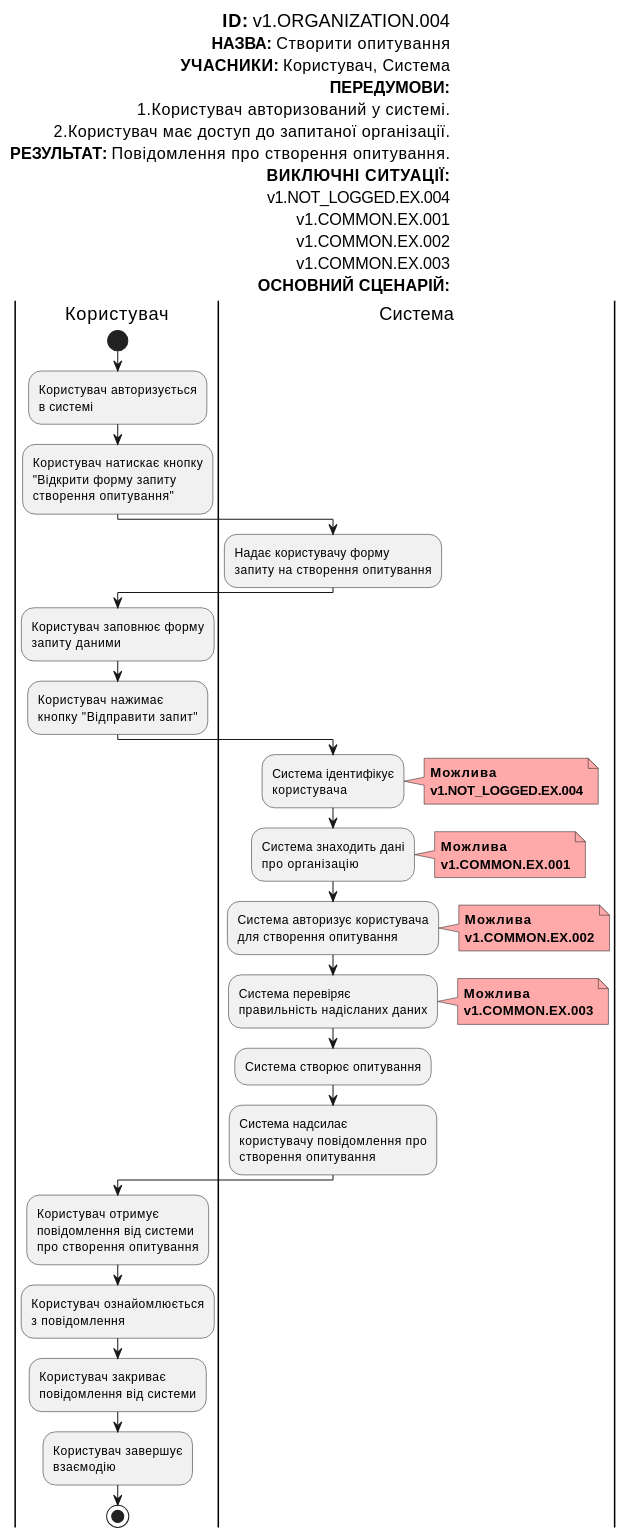
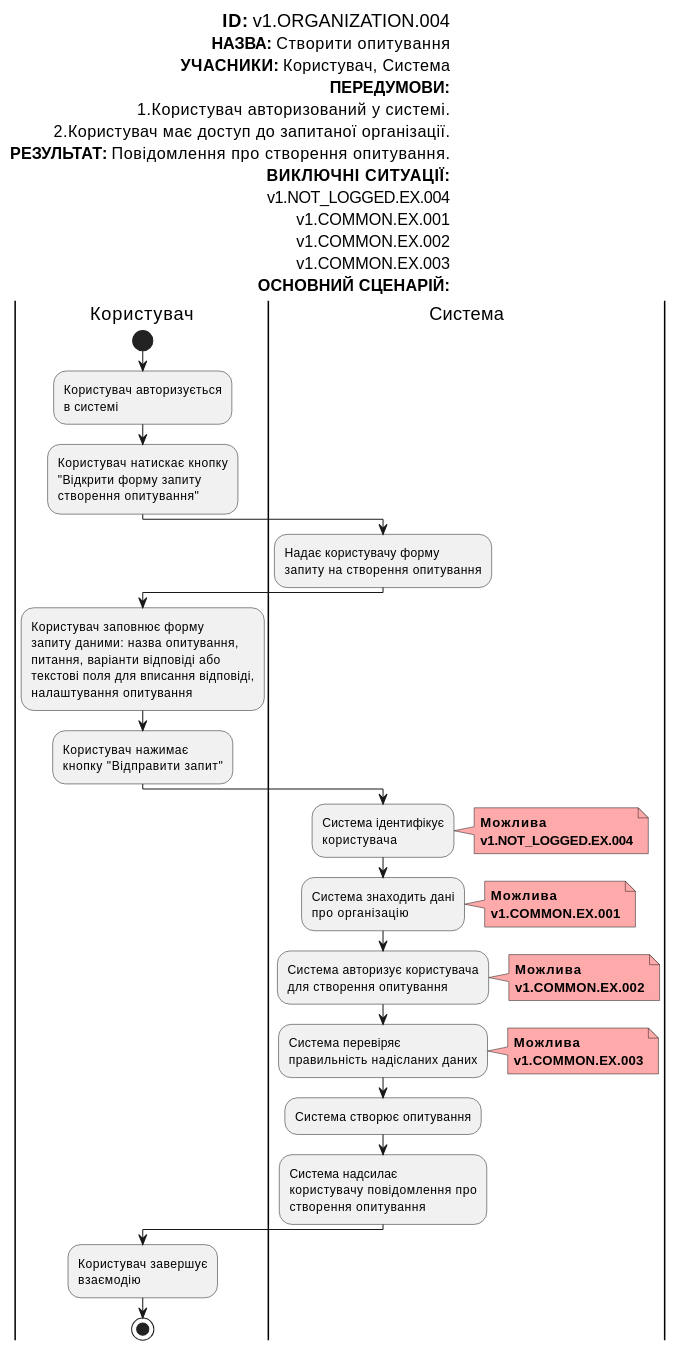
The ninth of 18 diagrams in docs/use cases/README.md (SergeyOcheretenko/survey-expert), drawn with PlantUML before and after one commit. The commit also changed other lines of this file, not shown here.

```diff
--- a/docs/use cases/README.md
+++ b/docs/use cases/README.md
@@ -523,7 +523,10 @@
                
       |Користувач|
           :Користувач заповнює форму
-          запиту даними;
+          запиту даними: назва опитування,
+          питання, варіанти відповіді або
+          текстові поля для вписання відповіді,
+          налаштування опитування;
 
           :Користувач нажимає
           кнопку "Відправити запит";
@@ -564,16 +567,6 @@
           створення опитування;
 
       |Користувач|
-          :Користувач отримує
-          повідомлення від системи
-          про створення опитування;
-
-          :Користувач ознайомлюється
-          з повідомлення;
-
-          :Користувач закриває
-          повідомлення від системи;
-
           :Користувач завершує
           взаємодію;
 
```
